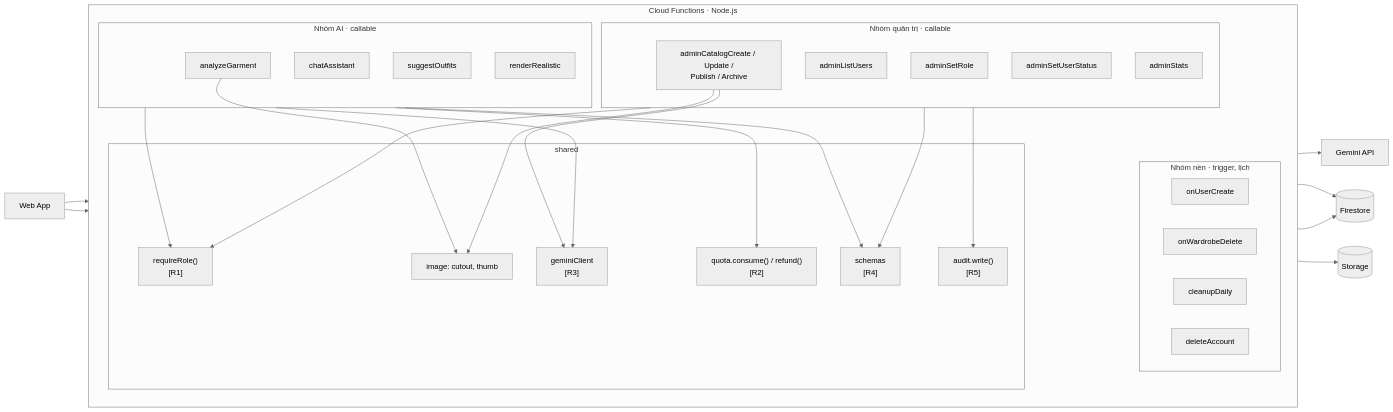
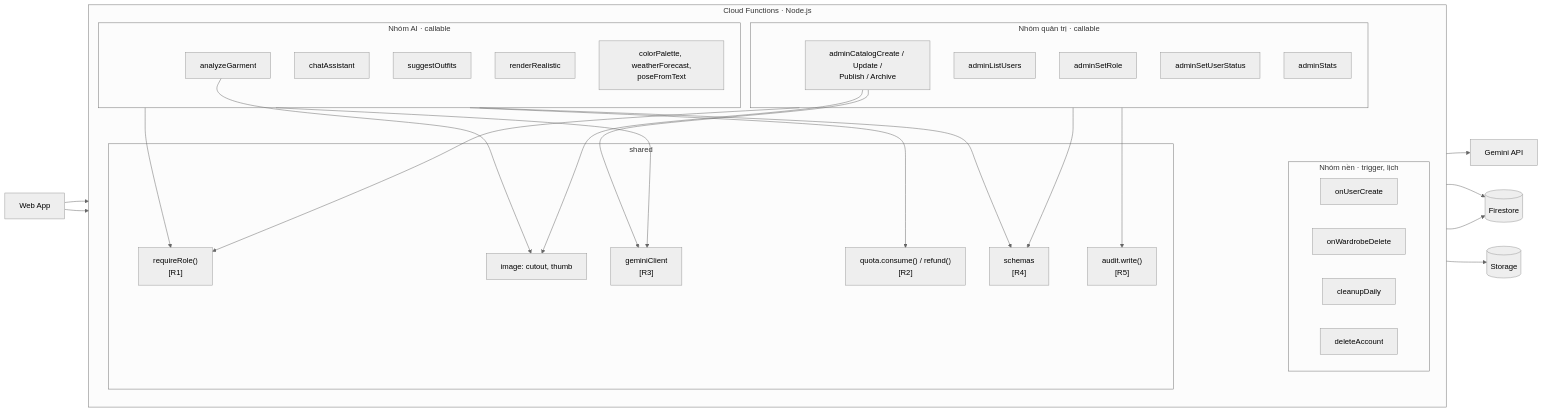
Before and after one commit to TreConTapViet/ENIAC: the third of 12 diagrams in architecture/sodokientruc.md, drawn with Mermaid. The commit also changed other lines of this file and 15 other files, not shown here.

````diff
--- a/architecture/sodokientruc.md
+++ b/architecture/sodokientruc.md
@@ -129,57 +129,58 @@
 ```mermaid
 %%{init: {"theme": "neutral"}}%%
 flowchart LR
     SPA["Web App"]
 
     subgraph FN["Cloud Functions · Node.js"]
         direction TB
         subgraph AI["Nhóm AI · callable"]
             AG["analyzeGarment"]
             CH["chatAssistant"]
             SU["suggestOutfits"]
             RR["renderRealistic"]
+            AX["colorPalette, weatherForecast,<br/>poseFromText"]
         end
         subgraph ADM["Nhóm quản trị · callable"]
             AC1["adminCatalogCreate / Update /<br/>Publish / Archive"]
             AU["adminListUsers"]
             AR["adminSetRole"]
             AS["adminSetUserStatus"]
             AT["adminStats"]
         end
         subgraph BG["Nhóm nền · trigger, lịch"]
             T1["onUserCreate"]
             T2["onWardrobeDelete"]
             T3["cleanupDaily"]
             T4["deleteAccount"]
         end
         subgraph SH["shared"]
             GUARD["requireRole()<br/>[R1]"]
             QUOTA["quota.consume() / refund()<br/>[R2]"]
             GEM["geminiClient<br/>[R3]"]
             SCHEMA["schemas<br/>[R4]"]
             AUDIT["audit.write()<br/>[R5]"]
             IMG["image: cutout, thumb"]
         end
     end
 
     FS[("Firestore")]
     ST[("Storage")]
     G["Gemini API"]
 
     SPA --> AI
     SPA --> ADM
     AI --> GUARD
     ADM --> GUARD
     AI --> QUOTA
     AI --> SCHEMA
     ADM --> SCHEMA
     ADM --> AUDIT
     AG --> IMG
     AC1 --> IMG
     AI --> GEM
     AC1 --> GEM
     GEM --> G
     QUOTA --> FS
     AUDIT --> FS
     IMG --> ST
 ```
````
